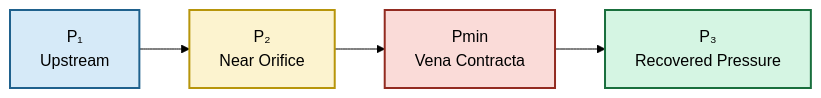
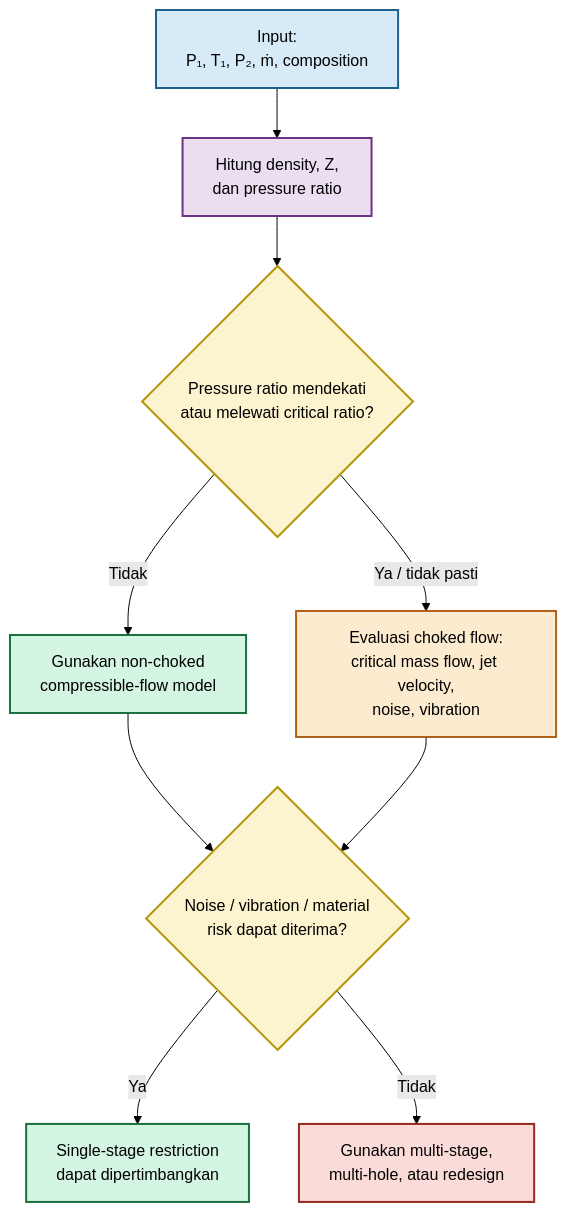
One commit to slametsampon/mx-core changed the tenth of 18 diagrams in plugins/mx-core-docs/src/content/blog/maintenance/elins/orifice-plate.mdx. Above: the diagram before and after it, drawn with Mermaid (forest theme). The commit also changed other lines of this file and 4 other files, not shown here.

````diff
--- a/plugins/mx-core-docs/src/content/blog/maintenance/elins/orifice-plate.mdx
+++ b/plugins/mx-core-docs/src/content/blog/maintenance/elins/orifice-plate.mdx
@@ -912,15 +3388,24 @@
-```mermaid
-flowchart LR
+```mermaid id="gas_restriction_screening"
+flowchart TB
+    A["Input:<br/>P₁, T₁, P₂, ṁ, composition"]:::start
+    B["Hitung density, Z,<br/>dan pressure ratio"]:::calc
+    C{"Pressure ratio mendekati<br/>atau melewati critical ratio?"}:::decision
+    D["Gunakan non-choked<br/>compressible-flow model"]:::good
+    E["Evaluasi choked flow:<br/>critical mass flow, jet velocity,<br/>noise, vibration"]:::warn
+    F{"Noise / vibration / material<br/>risk dapat diterima?"}:::decision
+    G["Single-stage restriction<br/>dapat dipertimbangkan"]:::good
+    H["Gunakan multi-stage,<br/>multi-hole, atau redesign"]:::risk
 
-A["P₁<br/>Upstream"]:::p1
-B["P₂<br/>Near Orifice"]:::p2
-C["Pmin<br/>Vena Contracta"]:::p3
-D["P₃<br/>Recovered Pressure"]:::p4
+    A --> B --> C
+    C -->|"Tidak"| D --> F
+    C -->|"Ya / tidak pasti"| E --> F
+    F -->|"Ya"| G
+    F -->|"Tidak"| H
 
-A --> B --> C --> D
-
-classDef p1 fill:#D6EAF8,color:#000,stroke:#1F618D,stroke-width:2px;
-classDef p2 fill:#FCF3CF,color:#000,stroke:#B7950B,stroke-width:2px;
-classDef p3 fill:#FADBD8,color:#000,stroke:#922B21,stroke-width:2px;
-classDef p4 fill:#D5F5E3,color:#000,stroke:#196F3D,stroke-width:2px;
+    classDef start fill:#D6EAF8,stroke:#1F618D,color:#000,stroke-width:2px;
+    classDef calc fill:#EBDEF0,stroke:#6C3483,color:#000,stroke-width:2px;
+    classDef decision fill:#FCF3CF,stroke:#B7950B,color:#000,stroke-width:2px;
+    classDef good fill:#D5F5E3,stroke:#196F3D,color:#000,stroke-width:2px;
+    classDef warn fill:#FDEBD0,stroke:#AF601A,color:#000,stroke-width:2px;
+    classDef risk fill:#FADBD8,stroke:#922B21,color:#000,stroke-width:2px;
 ```
````
